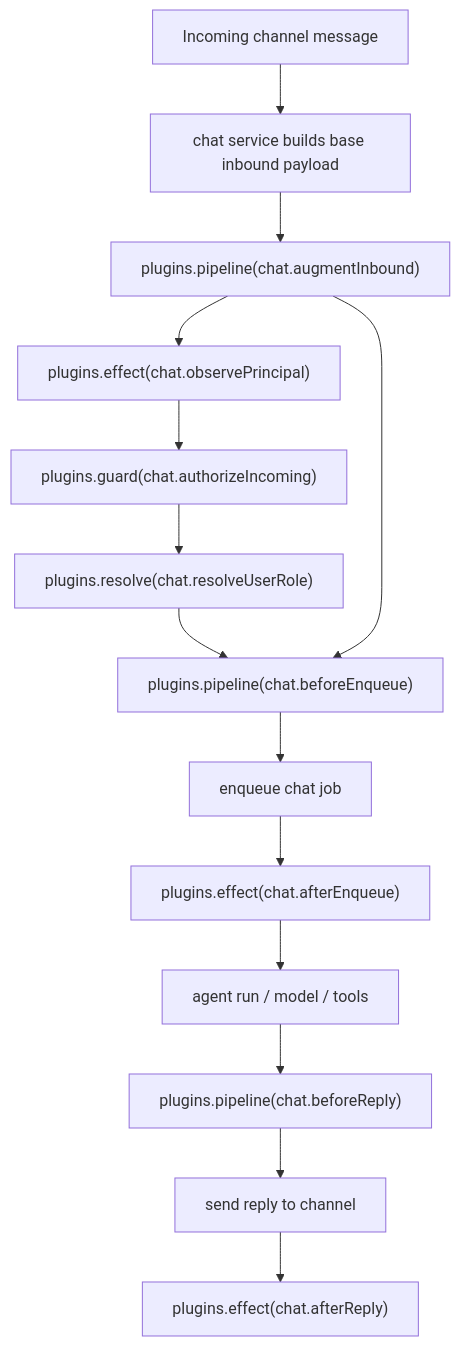
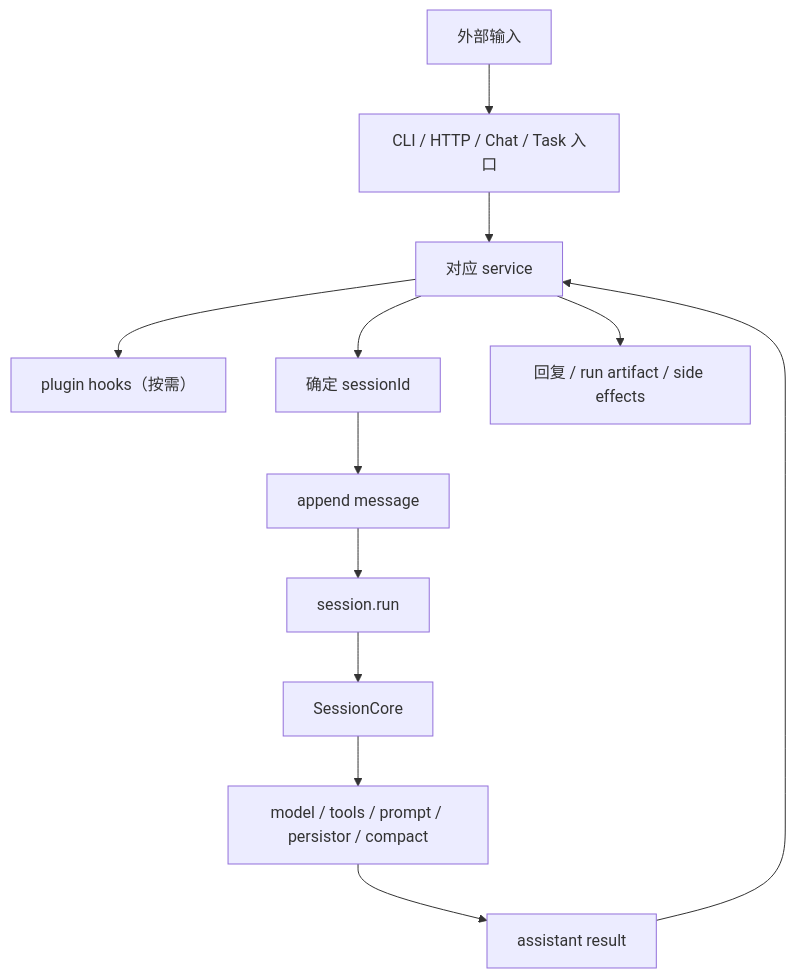
The third of 3 diagrams in homepage/content/devdocs/zh/architecture/system-logic.mdx (wangenius/downcity), drawn with Mermaid before and after one commit. The commit also changed other lines of this file and 37 other files, not shown here.

````diff
--- a/homepage/content/devdocs/zh/architecture/system-logic.mdx
+++ b/homepage/content/devdocs/zh/architecture/system-logic.mdx
@@ -144,16 +180,14 @@
 ```mermaid
 flowchart TD
-  IN["Incoming channel message"] --> BASE["chat service builds base inbound payload"]
-  BASE --> AUG["plugins.pipeline(chat.augmentInbound)"]
-  AUG --> OBS["plugins.effect(chat.observePrincipal)"]
-  OBS --> AUTH["plugins.guard(chat.authorizeIncoming)"]
-  AUTH --> ROLE["plugins.resolve(chat.resolveUserRole)"]
-  ROLE --> ENQ1["plugins.pipeline(chat.beforeEnqueue)"]
-  AUG --> ENQ1
-  ENQ1 --> QUEUE["enqueue chat job"]
-  QUEUE --> ENQ2["plugins.effect(chat.afterEnqueue)"]
-  ENQ2 --> RUN["agent run / model / tools"]
-  RUN --> REP1["plugins.pipeline(chat.beforeReply)"]
-  REP1 --> SEND["send reply to channel"]
-  SEND --> REP2["plugins.effect(chat.afterReply)"]
+  IN["外部输入"] --> ROUTE["CLI / HTTP / Chat / Task 入口"]
+  ROUTE --> SERVICE["对应 service"]
+  SERVICE --> HOOK["plugin hooks（按需）"]
+  SERVICE --> SID["确定 sessionId"]
+  SID --> APPEND["append message"]
+  APPEND --> RUN["session.run"]
+  RUN --> CORE["SessionCore"]
+  CORE --> MODEL["model / tools / prompt / persistor / compact"]
+  MODEL --> RES["assistant result"]
+  RES --> SERVICE
+  SERVICE --> OUT["回复 / run artifact / side effects"]
 ```
````
